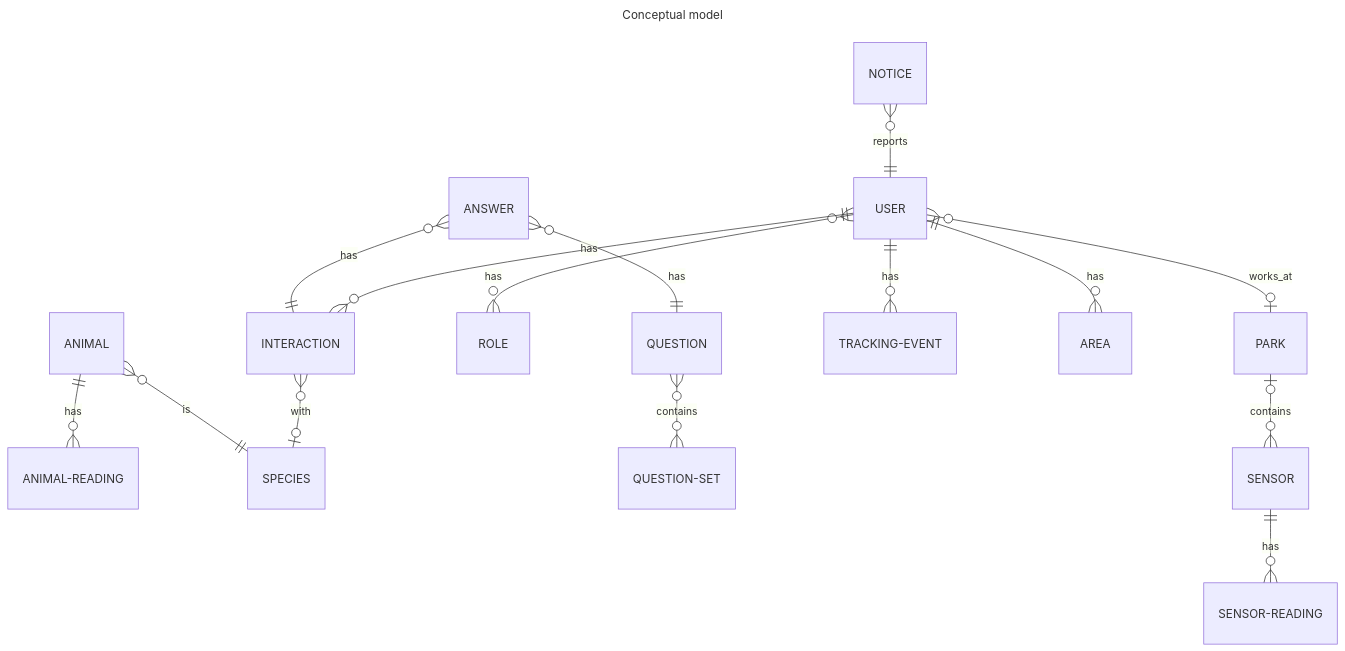
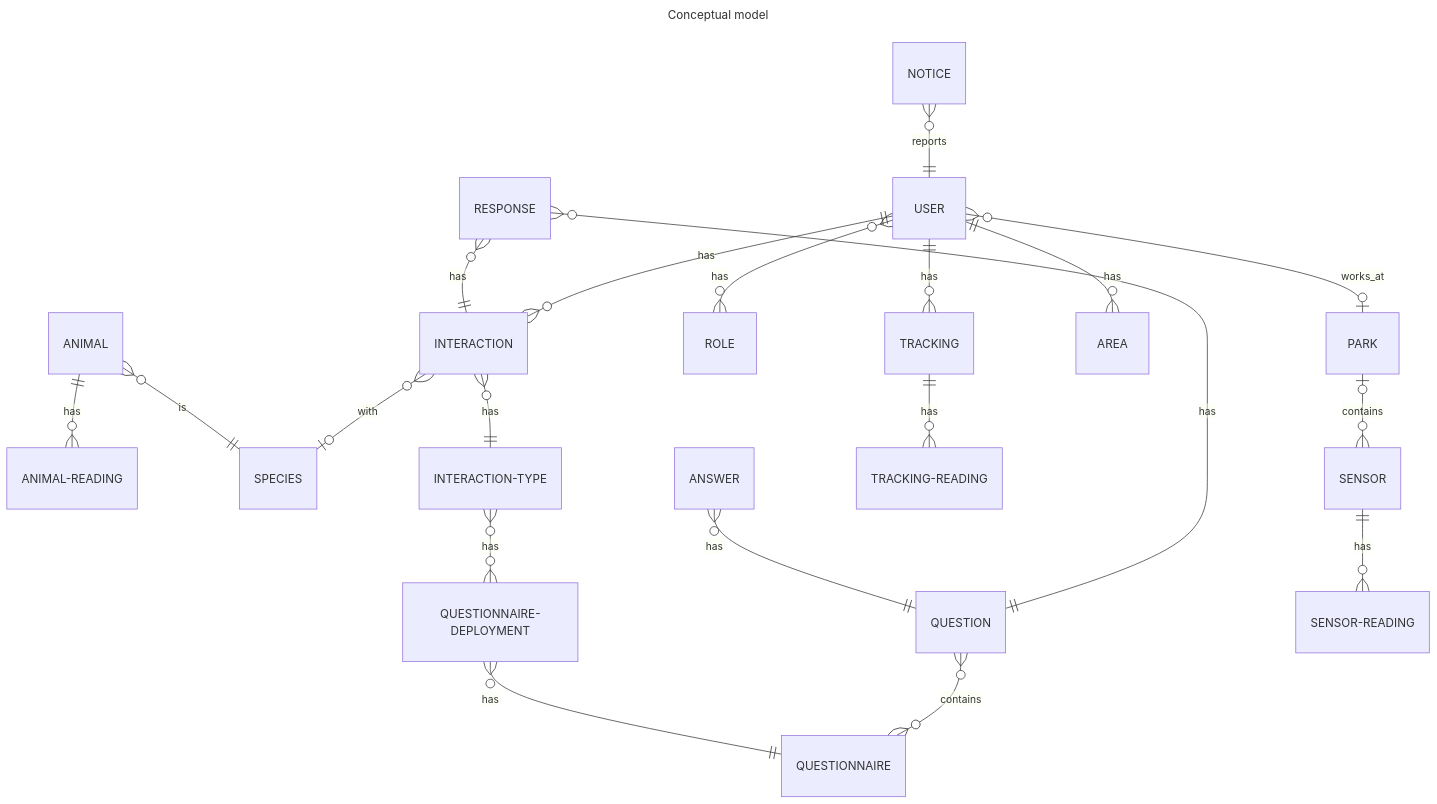
The diagram in README.md (UtrechtUniversity/wildlifenl), drawn with Mermaid before and after one commit. The commit also changed other lines of this file and 1 other file, not shown here.

````diff
--- a/README.md
+++ b/README.md
@@ -38,20 +43,25 @@
 ```mermaid
 ---
 title: Conceptual model
 ---
 erDiagram 
     ANIMAL ||--o{ ANIMAL-READING : has
     ANIMAL }o--|| SPECIES : is
     INTERACTION }o--o| SPECIES : with
+    INTERACTION }o--|| INTERACTION-TYPE : has
+    INTERACTION-TYPE }o--o{ QUESTIONNAIRE-DEPLOYMENT : has
+    QUESTIONNAIRE-DEPLOYMENT }o--|| QUESTIONNAIRE : has
     NOTICE }o--|| USER : reports
-    ANSWER }o--|| INTERACTION : has
+    RESPONSE }o--|| INTERACTION : has
     USER }o--o{ ROLE : has
     ANSWER }o--|| QUESTION : has
-    QUESTION }o--o{ QUESTION-SET : contains 
-    USER ||--o{ TRACKING-EVENT : has
+    RESPONSE }o--|| QUESTION : has
+    QUESTION }o--o{ QUESTIONNAIRE : contains 
+    USER ||--o{ TRACKING : has
+    TRACKING ||--o{ TRACKING-READING : has
     USER ||--o{ INTERACTION : has
     USER ||--o{ AREA : has
     USER }o--o| PARK : works_at
     PARK |o--o{ SENSOR : contains
     SENSOR ||--o{ SENSOR-READING : has
 ```
````
